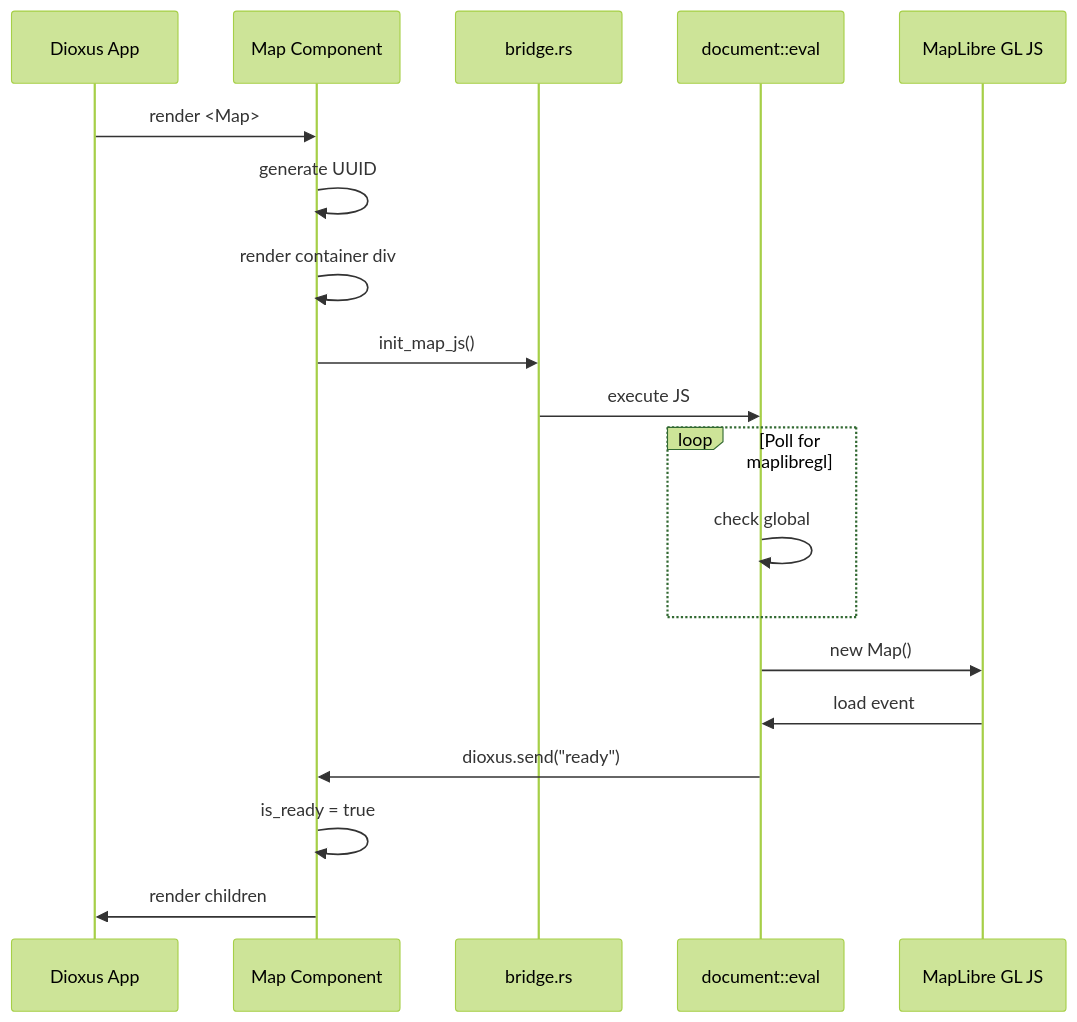
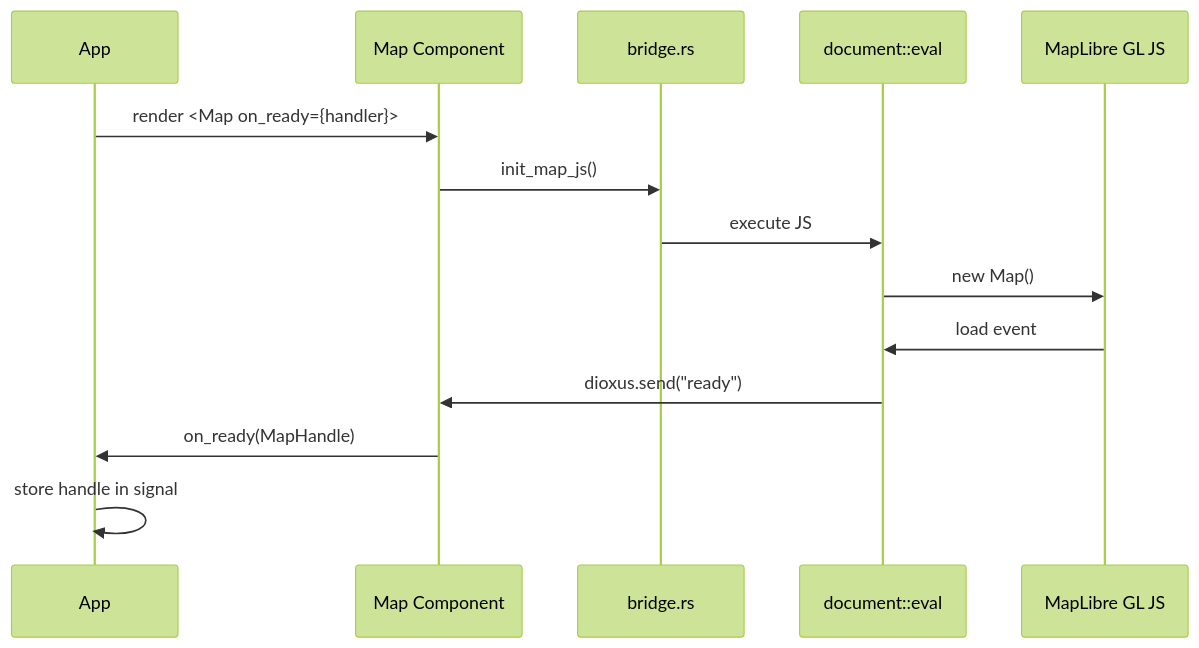
One commit to Nevaberry/dioxus-maplibre changed the second of 4 diagrams in docs/CODEBASE_MAP.md. Above: the diagram before and after it, drawn with Mermaid (forest theme). The commit also changed other lines of this file and 59 other files, not shown here.

````diff
--- a/docs/CODEBASE_MAP.md
+++ b/docs/CODEBASE_MAP.md
@@ -254,24 +227,17 @@
 ```mermaid
 sequenceDiagram
-    participant App as Dioxus App
+    participant App
     participant Map as Map Component
     participant Bridge as bridge.rs
     participant Eval as document::eval
     participant ML as MapLibre GL JS
 
-    App->>Map: render <Map>
-    Map->>Map: generate UUID
-    Map->>Map: render container div
+    App->>Map: render <Map on_ready={handler}>
     Map->>Bridge: init_map_js()
     Bridge->>Eval: execute JS
-
-    loop Poll for maplibregl
-        Eval->>Eval: check global
-    end
-
     Eval->>ML: new Map()
     ML->>Eval: load event
     Eval->>Map: dioxus.send("ready")
-    Map->>Map: is_ready = true
-    Map->>App: render children
+    Map->>App: on_ready(MapHandle)
+    App->>App: store handle in signal
 ```
````
